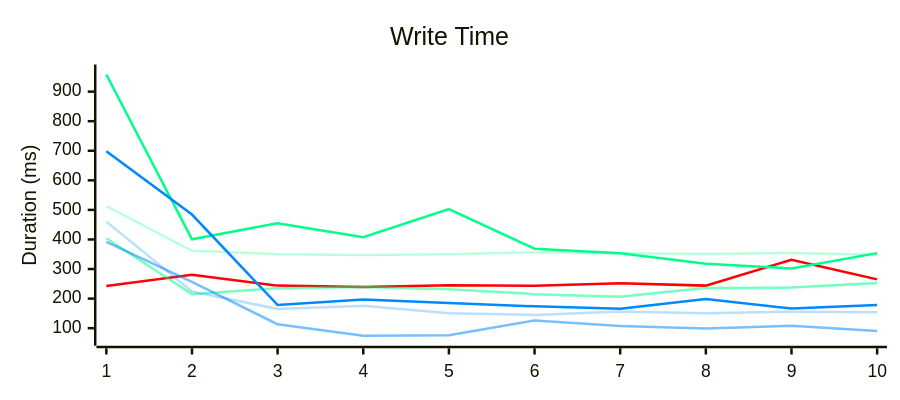
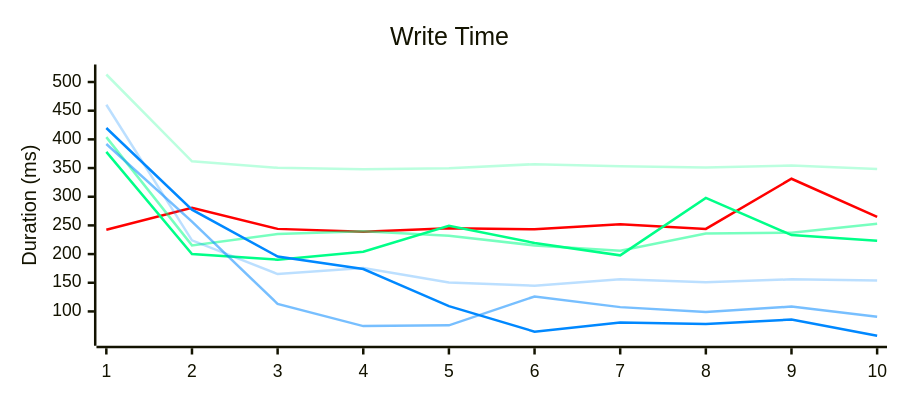
The third of 3 diagrams in README.md (RDCN-Community-Developers/RhythmToolkit), drawn with Mermaid before and after one commit. The commit also changed other lines of this file and 1 other file, not shown here.

Commit message:
更新数据

````diff
--- a/README.md
+++ b/README.md
@@ -145,27 +145,27 @@
 ```mermaid
 ---
 config:
     xyChart:
         height: 300
     themeVariables:
         xyChart:
             plotColorPalette: '#F00, #0F84, #0F88,  #0F8, #08F4, #08F8, #08F'
 ---
 xychart
   title "Write Time"
     y-axis "Duration (ms)"
     %% RDLE
     line [242.5163, 280.5837, 243.9327, 238.8927, 244.9178, 243.3303, 251.8815, 243.9217, 331.3641, 265.0274]
     %% RDTK .NET Standard 2.0 v1.3.4
     line [513.1026, 361.6694, 350.3818, 347.8336, 349.8539, 356.7689, 353.0014, 350.7653, 354.2552, 348.2180]
     %% RDTK .NET Standard 2.0 v1.3.9
     line [403.8953,215.1384,235.0083,239.653,231.9253,215.1407,205.9433,235.8352,237.2161,252.8412]
     %% RDTK .NET Standard 2.0 v1.3.10
-    line [957.9152,400.5677,455.1585,407.3626,502.6389,368.7282,353.2296,318.1908,301.9918,353.8679]
+    line [378.2349,199.9493,190.2174,204.2167,249.4367,219.3135,197.8157,297.8816,233.1203,223.2512]
     %% RDTK .NET 8.0 v1.3.4
     line [460.3911, 224.0186, 165.0900, 175.7229, 150.6010, 144.8973, 155.9880, 150.8031, 155.9035, 153.7161]
     %% RDTK .NET 8.0 v1.3.9
     line [391.9549,256.5255,113.1473,74.3901,75.7604,126.1112,107.5059,99.014,108.391,90.731]
     %% RDTK .NET 8.0 v1.3.10
-    line [698.7611,484.2373,178.4038,197.1148,184.9861,173.7393,165.887,198.4509,166.2143,178.2211]
+    line [419.8573,277.4102,195.8157,173.8777,109.3214,64.7145,80.4896,77.9989,85.8971,57.5985]
 ```
````
